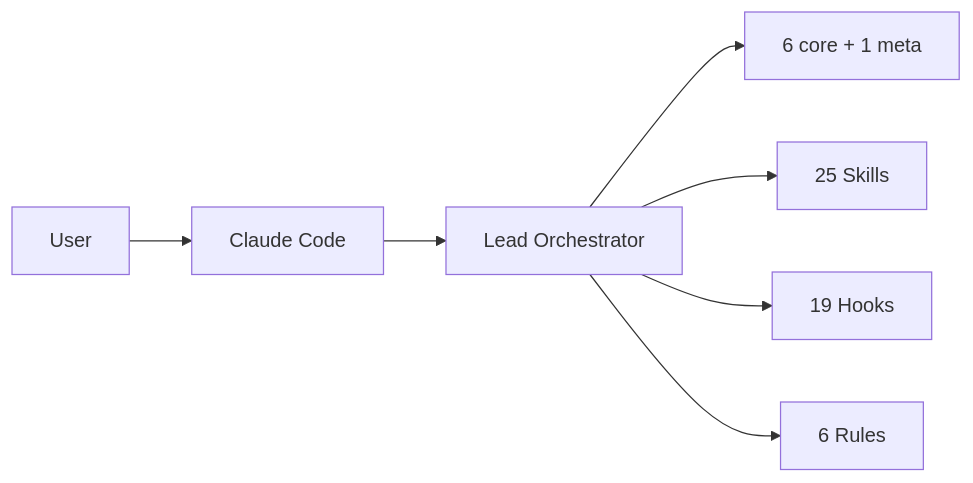
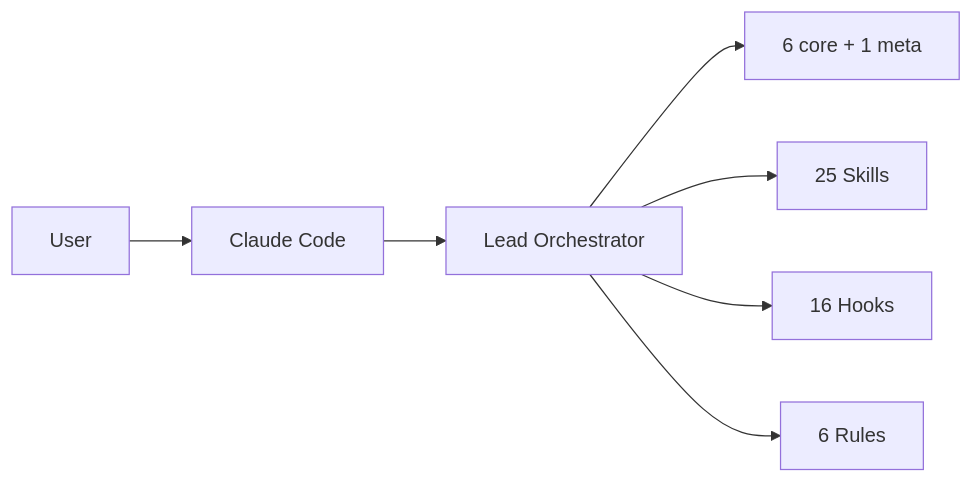
Before and after one commit to MaciWP/claude-code-poneglyph: the first of 2 diagrams in CLAUDE.md, drawn with Mermaid. The commit also changed other lines of this file and 8 other files, not shown here.

````diff
--- a/CLAUDE.md
+++ b/CLAUDE.md
@@ -121,9 +121,9 @@
 ```mermaid
 graph LR
     User --> CC[Claude Code]
     CC --> Orch[Lead Orchestrator]
     Orch --> Agents[6 core + 1 meta]
     Orch --> Skills[25 Skills]
-    Orch --> Hooks[19 Hooks]
+    Orch --> Hooks[16 Hooks]
     Orch --> Rules[6 Rules]
 ```
````
